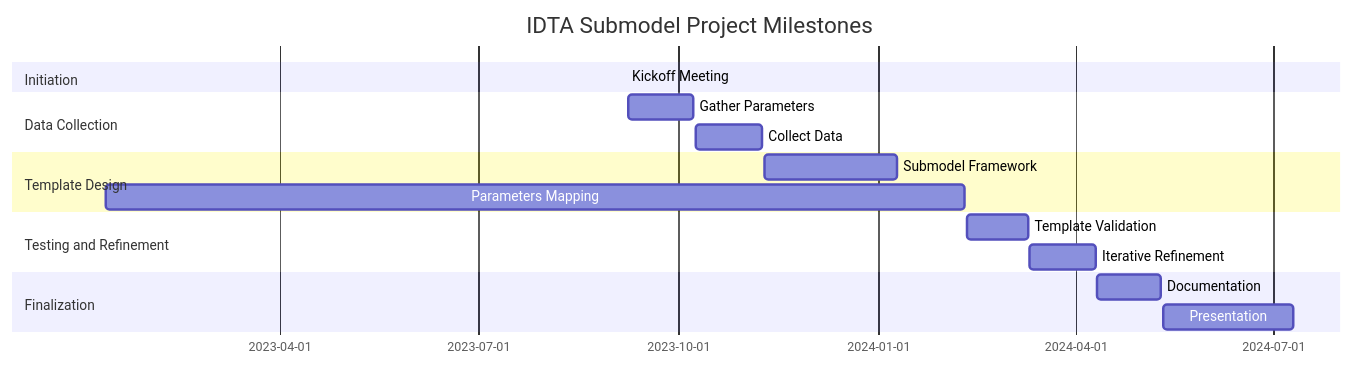
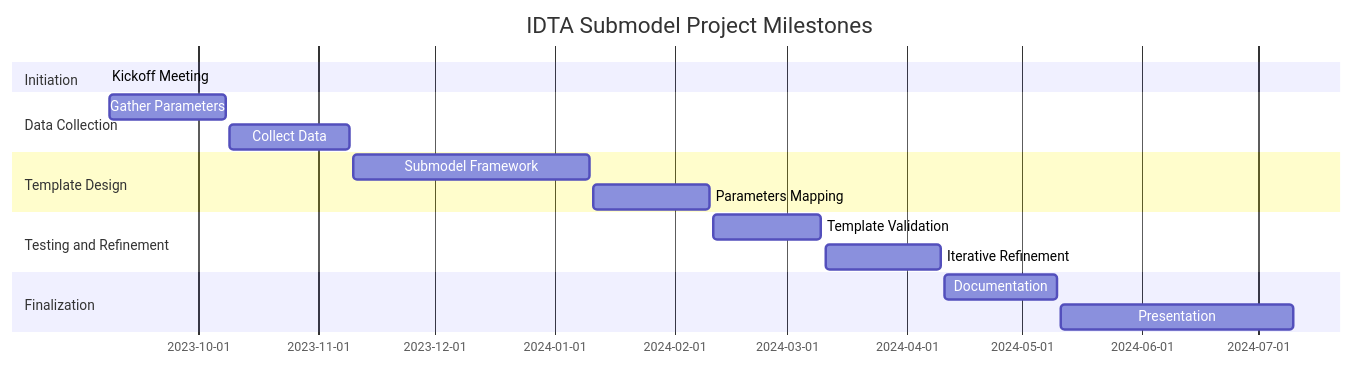
Before and after one commit to skidzo/IDTA_submodel_metal_additive_manufacturing: the first of 3 diagrams in README.md, drawn with Mermaid.

````diff
--- a/README.md
+++ b/README.md
@@ -49,19 +49,19 @@
 ```mermaid
 gantt
     dateFormat  YYYY-MM-DD
     title IDTA Submodel Project Milestones
     section Initiation
     Kickoff Meeting     :done, 2023-09-07, 2023-09-07
     section Data Collection
     Gather Parameters   : 2023-09-08, 2023-10-08
     Collect Data       : 2023-10-09, 2023-11-09
     section Template Design
     Submodel Framework  : 2023-11-10, 2024-01-10
-    Parameters Mapping : 2023-01-11, 2024-02-10
+    Parameters Mapping : 2024-01-11, 2024-02-10
     section Testing and Refinement
     Template Validation: 2024-02-11, 2024-03-10
     Iterative Refinement: 2024-03-11, 2024-04-10
     section Finalization
     Documentation       : 2024-04-11, 2024-05-10
     Presentation        : 2024-05-11, 2024-07-10
 ```
````
